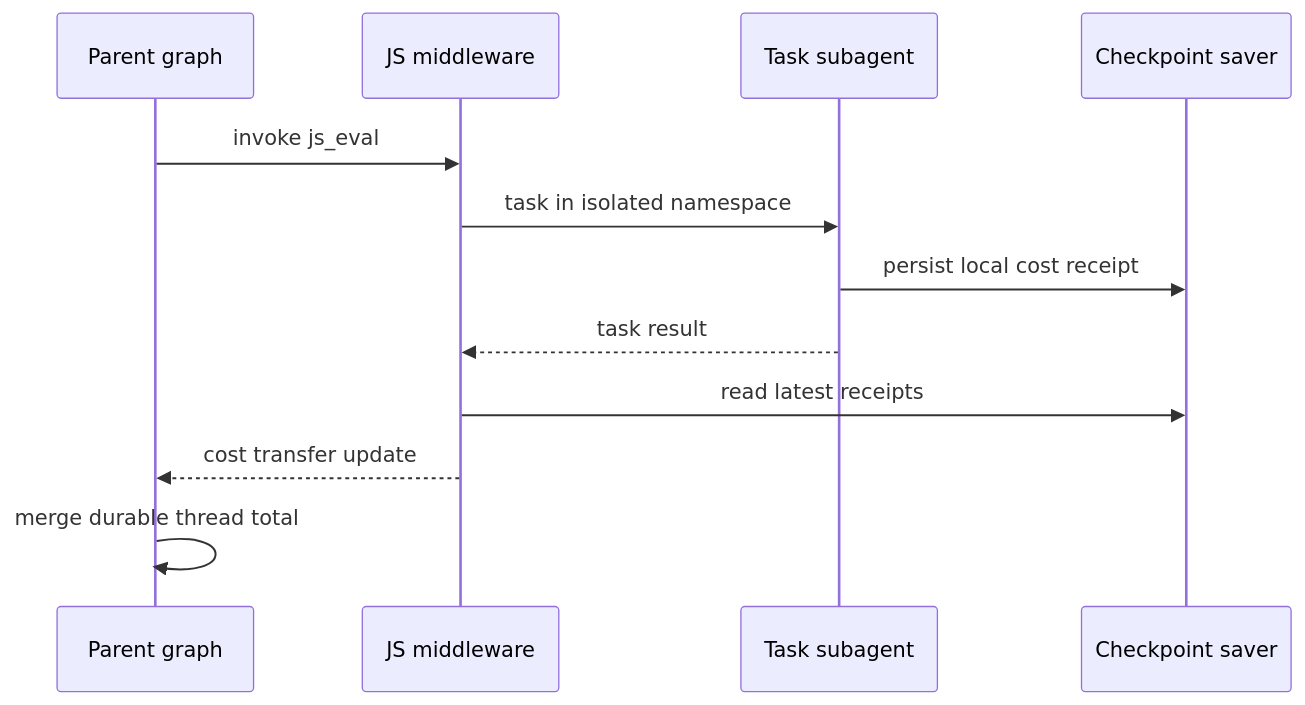
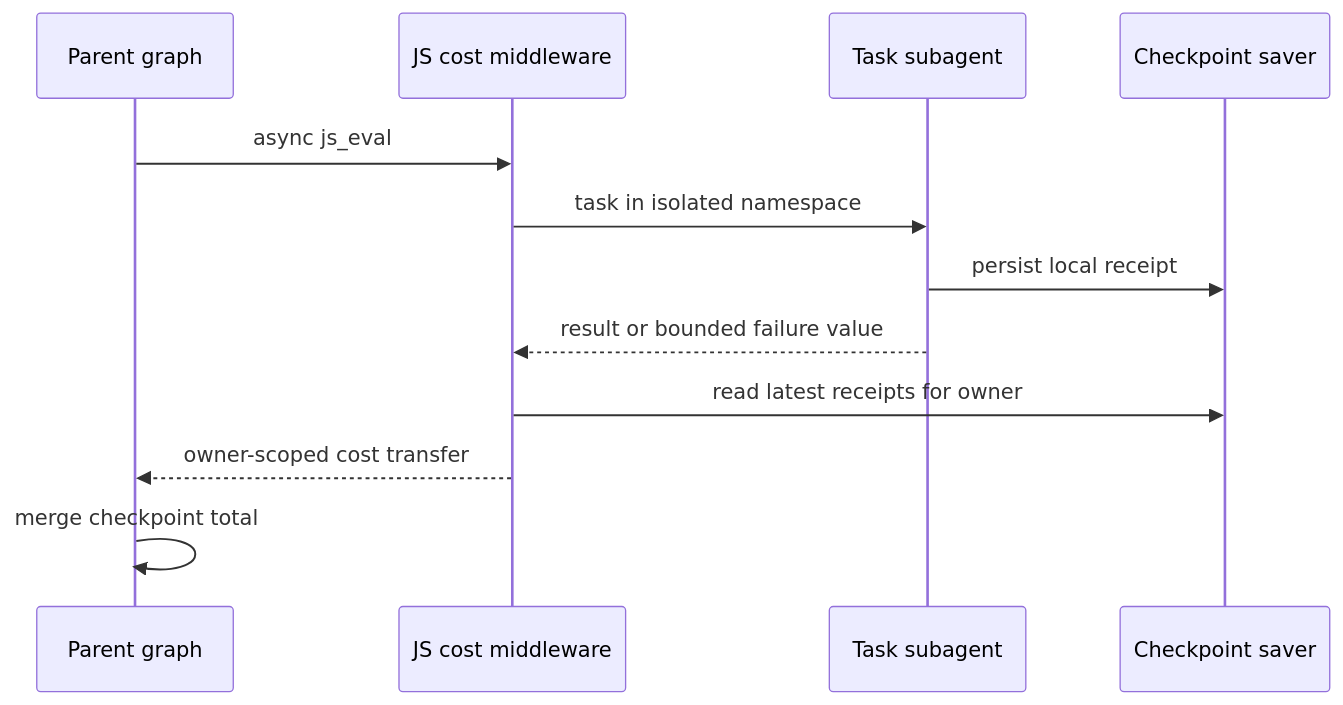
One commit to langchain-ai/deepagents changed the first of 2 diagrams in openwiki/operations/cost-and-sessions.md. Above: the diagram before and after it, drawn with Mermaid. The commit also changed other lines of this file and 43 other files, not shown here.

````diff
--- a/openwiki/operations/cost-and-sessions.md
+++ b/openwiki/operations/cost-and-sessions.md
@@ -78,14 +45,14 @@
 ```mermaid
 sequenceDiagram
     participant Parent as Parent graph
-    participant JS as JS middleware
+    participant JS as JS cost middleware
     participant Child as Task subagent
     participant Saver as Checkpoint saver
-    Parent->>JS: invoke js_eval
+    Parent->>JS: async js_eval
     JS->>Child: task in isolated namespace
-    Child->>Saver: persist local cost receipt
-    Child-->>JS: task result
-    JS->>Saver: read latest receipts
-    JS-->>Parent: cost transfer update
-    Parent->>Parent: merge durable thread total
+    Child->>Saver: persist local receipt
+    Child-->>JS: result or bounded failure value
+    JS->>Saver: read latest receipts for owner
+    JS-->>Parent: owner-scoped cost transfer
+    Parent->>Parent: merge checkpoint total
 ```
````
